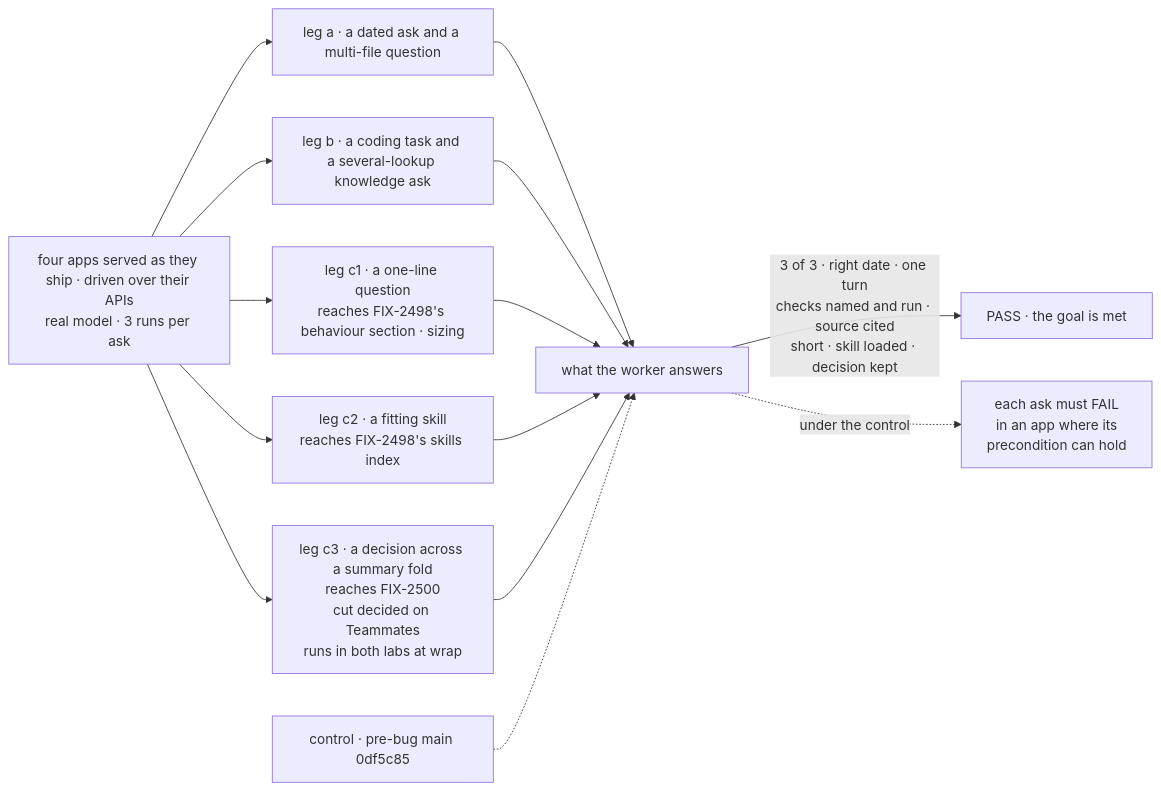
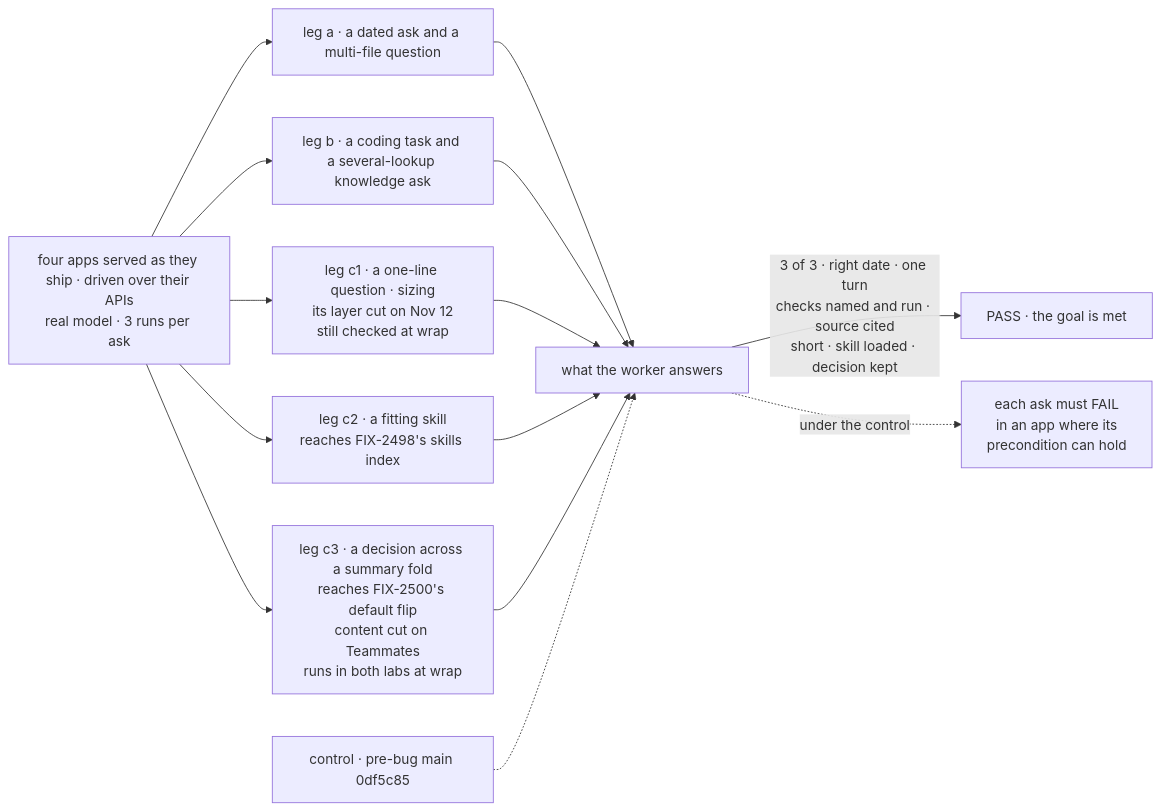
Before and after one commit to fixpoint-labs/flow-state-dev: the first of 2 diagrams in specs/epics/FIX-2490/SPEC.md, drawn with Mermaid. The commit also changed other lines of this file and 2 other files, not shown here.

First line of the commit message:
spec(epic): FIX-2490 folds the owner's Nov 12 cut

````diff
--- a/specs/epics/FIX-2490/SPEC.md
+++ b/specs/epics/FIX-2490/SPEC.md
@@ -33,16 +33,16 @@
 ```mermaid
 flowchart LR
   A["four apps served as they ship · driven over their APIs<br/>real model · 3 runs per ask"] --> L1["leg a · a dated ask and a multi-file question"]
   A --> L2["leg b · a coding task and a several-lookup knowledge ask"]
-  A --> C1["leg c1 · a one-line question<br/>reaches FIX-2498's behaviour section · sizing"]
+  A --> C1["leg c1 · a one-line question · sizing<br/>its layer cut on Nov 12<br/>still checked at wrap"]
   A --> C2["leg c2 · a fitting skill<br/>reaches FIX-2498's skills index"]
-  A --> C3["leg c3 · a decision across a summary fold<br/>reaches FIX-2500<br/>cut decided on Teammates<br/>runs in both labs at wrap"]
+  A --> C3["leg c3 · a decision across a summary fold<br/>reaches FIX-2500's default flip<br/>content cut on Teammates<br/>runs in both labs at wrap"]
   L1 --> T["what the worker answers"]
   L2 --> T
   C1 --> T
   C2 --> T
   C3 --> T
   T -->|"3 of 3 · right date · one turn<br/>checks named and run · source cited<br/>short · skill loaded · decision kept"| P["PASS · the goal is met"]
   C["control · pre-bug main 0df5c85"] -.-> T
   T -.->|"under the control"| F["each ask must FAIL<br/>in an app where its<br/>precondition can hold"]
 ```
````
